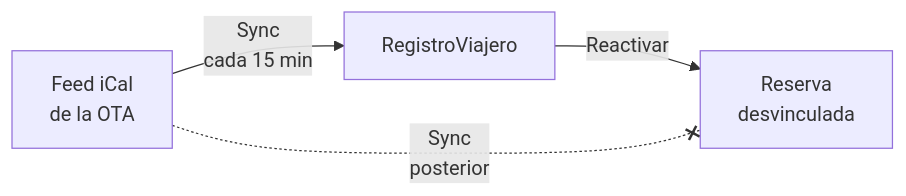
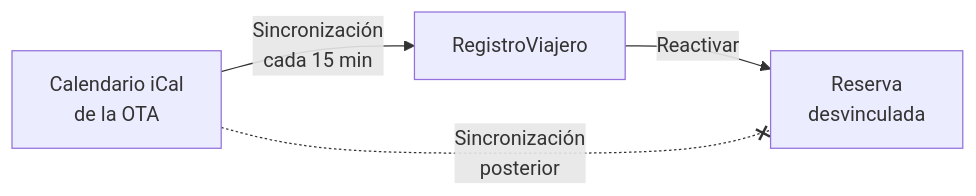
The diagram in docs/guia/reactivar-reserva.md (registroviajero/help), drawn with Mermaid before and after one commit. The commit also changed other lines of this file and 21 other files, not shown here.

````diff
--- a/docs/guia/reactivar-reserva.md
+++ b/docs/guia/reactivar-reserva.md
@@ -26,6 +26,6 @@
 ```mermaid
 flowchart LR
-  OTA[Feed iCal<br/>de la OTA] -- "Sync<br/>cada 15 min" --> RV[RegistroViajero]
+  OTA[Calendario iCal<br/>de la OTA] -- "Sincronización<br/>cada 15 min" --> RV[RegistroViajero]
   RV -- "Reactivar" --> Desv[Reserva<br/>desvinculada]
-  OTA -. "Sync<br/>posterior" .-x Desv
+  OTA -. "Sincronización<br/>posterior" .-x Desv
 ```
````
